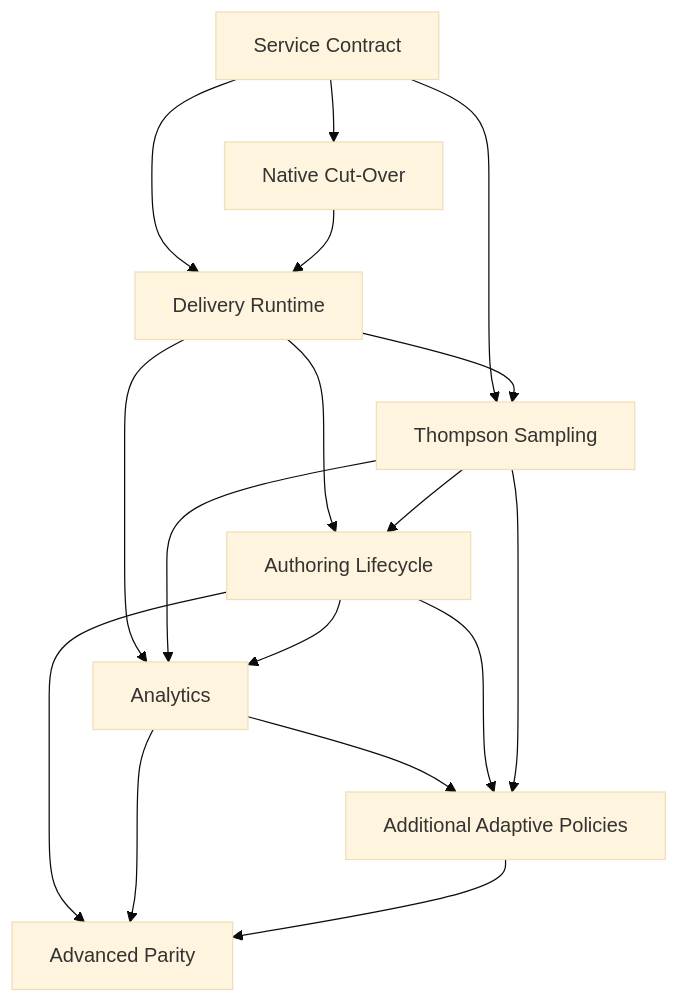
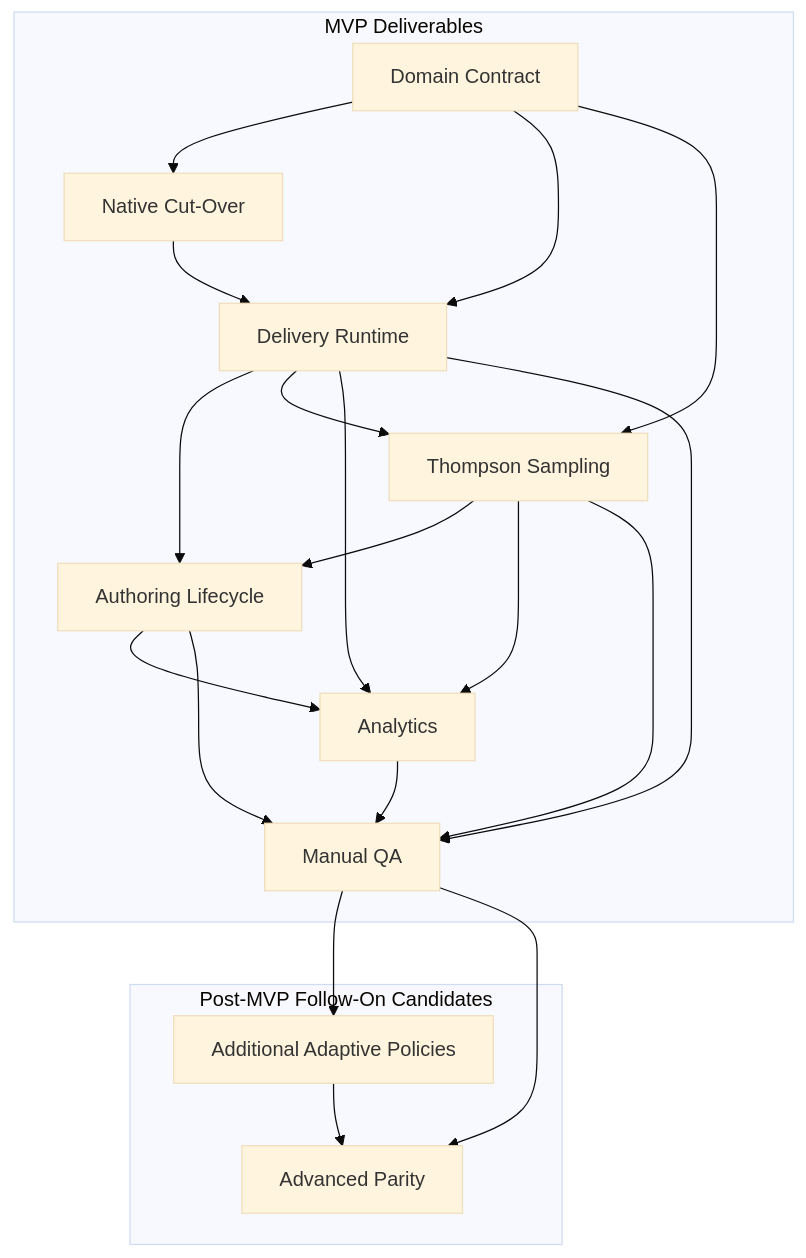
One commit to Simon-Initiative/oli-torus changed the diagram in docs/exec-plans/current/epics/ab_testing/plan.md. Above: the diagram before and after it, drawn with Mermaid (base theme). The commit also changed other lines of this file, not shown here.

````diff
--- a/docs/exec-plans/current/epics/ab_testing/plan.md
+++ b/docs/exec-plans/current/epics/ab_testing/plan.md
@@ -353,28 +397,35 @@
 ```mermaid
 flowchart TD
-  SERVICE["Service Contract"]
+  subgraph MVP["MVP Deliverables"]
+  DOMAIN["Domain Contract"]
   CUTOVER["Native Cut-Over"]
   DELIVERY["Delivery Runtime"]
   TS["Thompson Sampling"]
   AUTHORING["Authoring Lifecycle"]
   ANALYTICS["Analytics"]
+  QA["Manual QA"]
+  end
+
+  subgraph FOLLOWON["Post-MVP Follow-On Candidates"]
   ADAPTIVE["Additional Adaptive Policies"]
   PARITY["Advanced Parity"]
+  end
 
-  SERVICE --> CUTOVER
-  SERVICE --> DELIVERY
-  SERVICE --> TS
+  DOMAIN --> CUTOVER
+  DOMAIN --> DELIVERY
+  DOMAIN --> TS
   CUTOVER --> DELIVERY
   DELIVERY --> AUTHORING
   DELIVERY --> TS
   TS --> AUTHORING
   DELIVERY --> ANALYTICS
   TS --> ANALYTICS
   AUTHORING --> ANALYTICS
-  ANALYTICS --> ADAPTIVE
-  AUTHORING --> ADAPTIVE
-  TS --> ADAPTIVE
-  AUTHORING --> PARITY
-  ANALYTICS --> PARITY
+  DELIVERY --> QA
+  TS --> QA
+  AUTHORING --> QA
+  ANALYTICS --> QA
+  QA --> ADAPTIVE
+  QA --> PARITY
   ADAPTIVE --> PARITY
 ```
````
